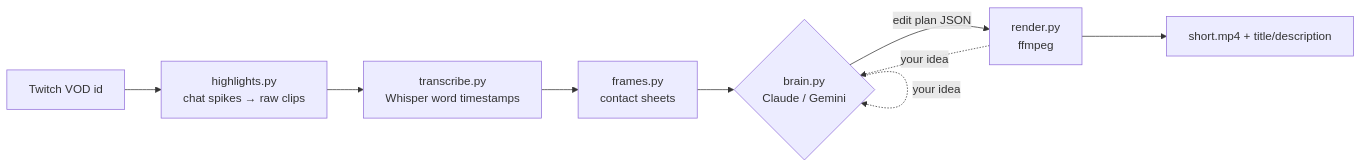
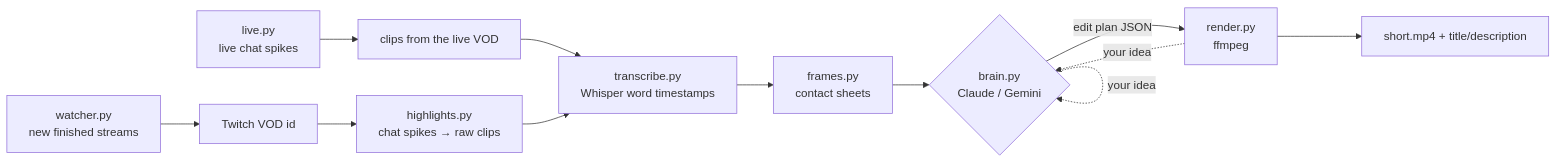
Before and after one commit to med5801/ai-stream-video-to-shorts-video: the diagram in README.md, drawn with Mermaid. The commit also changed other lines of this file and 10 other files, not shown here.

First line of the commit message:
Add live mode, streamer watcher, auto credit and --force

````diff
--- a/README.md
+++ b/README.md
@@ -11,11 +11,14 @@
 ```mermaid
 flowchart LR
+    L[live.py<br/>live chat spikes] --> B2[clips from the live VOD]
+    W[watcher.py<br/>new finished streams] --> A
+    B2 --> C
     A[Twitch VOD id] --> B[highlights.py<br/>chat spikes → raw clips]
     B --> C[transcribe.py<br/>Whisper word timestamps]
     C --> D[frames.py<br/>contact sheets]
     D --> E{brain.py<br/>Claude / Gemini}
     E -->|edit plan JSON| F[render.py<br/>ffmpeg]
     F --> G[short.mp4 + title/description]
     E -.your idea.-> E
     F -.your idea.-> E
 ```
````
